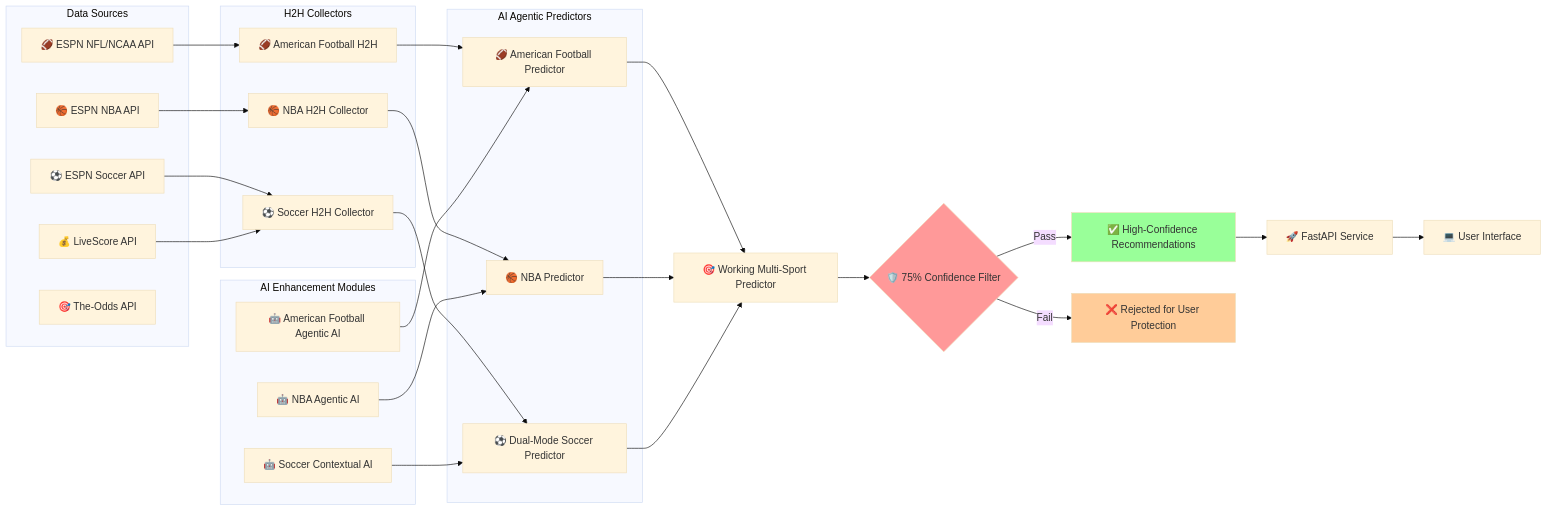
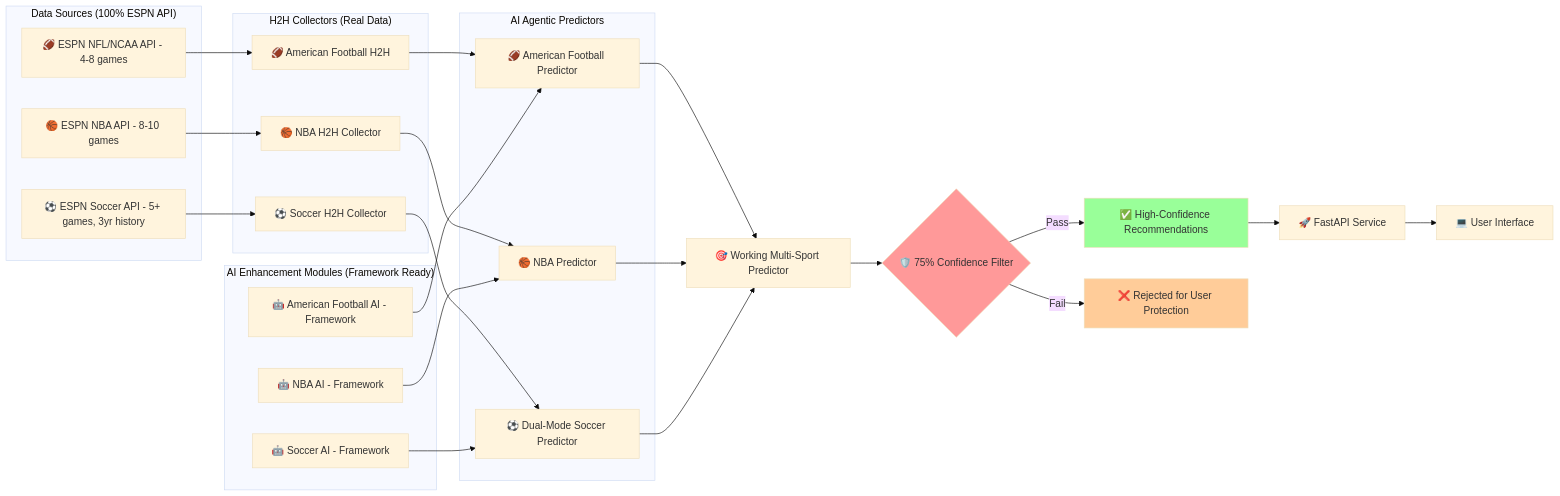
The second of 8 diagrams in SYSTEM_FLOW_CHARTS.md (bowale01/Soccer_AI-prediction-), drawn with Mermaid (base theme) before and after one commit. The commit also changed 6 other files, not shown here.

Commit message:
Update documentation: Nov 17, accurate game counts, ESPN API references

````diff
--- a/SYSTEM_FLOW_CHARTS.md
+++ b/SYSTEM_FLOW_CHARTS.md
@@ -44,56 +44,53 @@
 ```mermaid
 flowchart LR
-    subgraph "Data Sources"
-        A1[🏈 ESPN NFL/NCAA API]
-        A2[🏀 ESPN NBA API]
-        A3[⚽ ESPN Soccer API]
-        A4[💰 LiveScore API]
-        A5[🎯 The-Odds API]
+    subgraph "Data Sources (100% ESPN API)"
+        A1[🏈 ESPN NFL/NCAA API - 4-8 games]
+        A2[🏀 ESPN NBA API - 8-10 games]
+        A3[⚽ ESPN Soccer API - 5+ games, 3yr history]
     end
     
-    subgraph "H2H Collectors"
+    subgraph "H2H Collectors (Real Data)"
         B1[🏈 American Football H2H]
         B2[🏀 NBA H2H Collector]
         B3[⚽ Soccer H2H Collector]
     end
     
     subgraph "AI Agentic Predictors"
         C1[🏈 American Football Predictor]
         C2[🏀 NBA Predictor]
         C3[⚽ Dual-Mode Soccer Predictor]
     end
     
-    subgraph "AI Enhancement Modules"
-        D1[🤖 American Football Agentic AI]
-        D2[🤖 NBA Agentic AI]
-        D3[🤖 Soccer Contextual AI]
+    subgraph "AI Enhancement Modules (Framework Ready)"
+        D1[🤖 American Football AI - Framework]
+        D2[🤖 NBA AI - Framework]
+        D3[🤖 Soccer AI - Framework]
     end
     
     A1 --> B1
     A2 --> B2
     A3 --> B3
-    A4 --> B3
     
     B1 --> C1
     B2 --> C2
     B3 --> C3
     
     D1 --> C1
     D2 --> C2
     D3 --> C3
     
     C1 --> E[🎯 Working Multi-Sport Predictor]
     C2 --> E
     C3 --> E
     
     E --> F{🛡️ 75% Confidence Filter}
     F -->|Pass| G[✅ High-Confidence Recommendations]
     F -->|Fail| H[❌ Rejected for User Protection]
     
     G --> I[🚀 FastAPI Service]
     I --> J[💻 User Interface]
     
     style F fill:#ff9999
     style G fill:#99ff99
     style H fill:#ffcc99
 ```
````
